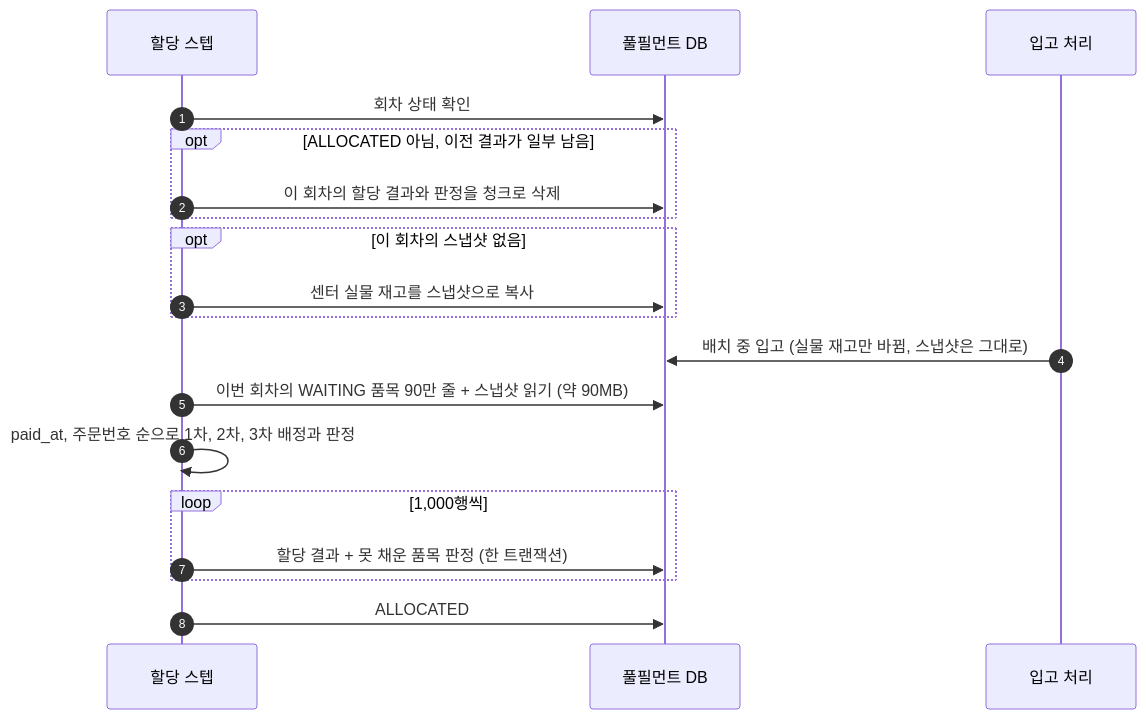
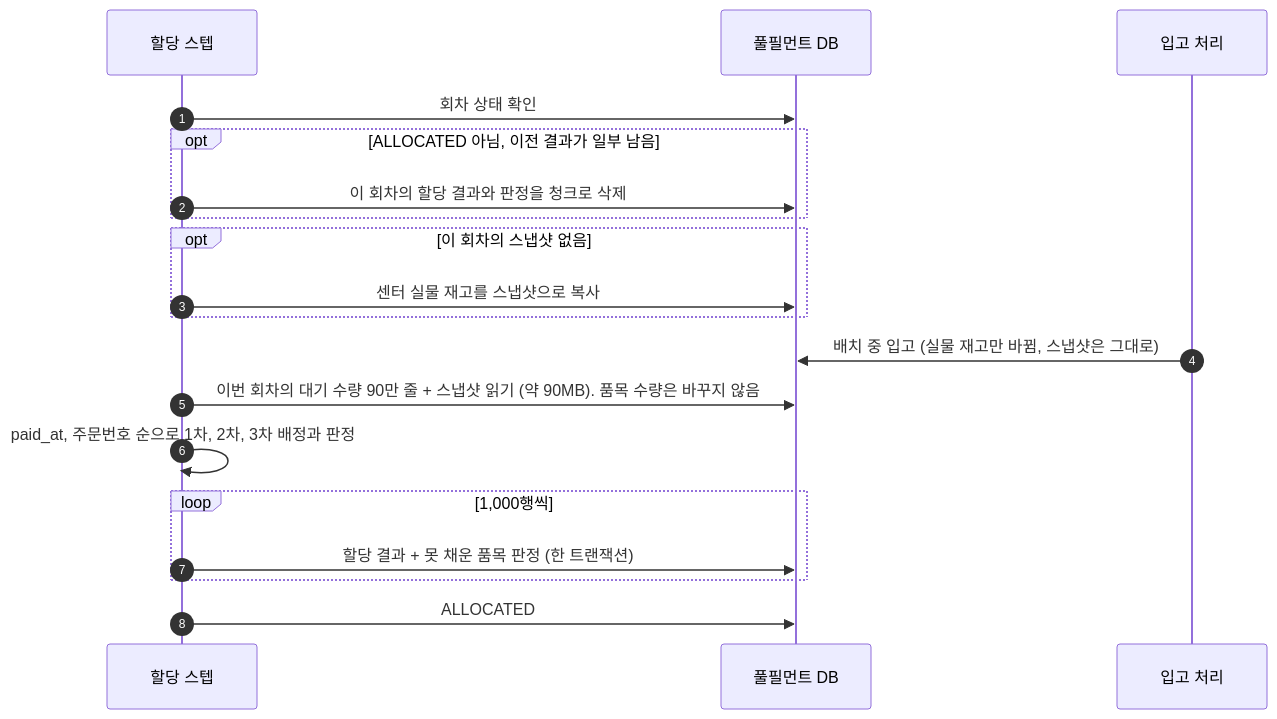
The fourth of 6 diagrams in docs/sequence/05-출고-배치.md (Bamdule/dawn-delivery-commerce), drawn with Mermaid before and after one commit. The commit also changed other lines of this file and 12 other files, not shown here.

````diff
--- a/docs/sequence/05-출고-배치.md
+++ b/docs/sequence/05-출고-배치.md
@@ -101,22 +101,22 @@
 ```mermaid
 sequenceDiagram
     autonumber
     participant 스텝 as 할당 스텝
     participant DB as 풀필먼트 DB
     participant 입고 as 입고 처리
 
     스텝->>DB: 회차 상태 확인
     opt ALLOCATED 아님, 이전 결과가 일부 남음
         스텝->>DB: 이 회차의 할당 결과와 판정을 청크로 삭제
     end
     opt 이 회차의 스냅샷 없음
         스텝->>DB: 센터 실물 재고를 스냅샷으로 복사
     end
     입고->>DB: 배치 중 입고 (실물 재고만 바뀜, 스냅샷은 그대로)
-    스텝->>DB: 이번 회차의 WAITING 품목 90만 줄 + 스냅샷 읽기 (약 90MB)
+    스텝->>DB: 이번 회차의 대기 수량 90만 줄 + 스냅샷 읽기 (약 90MB). 품목 수량은 바꾸지 않음
     스텝->>스텝: paid_at, 주문번호 순으로 1차, 2차, 3차 배정과 판정
     loop 1,000행씩
         스텝->>DB: 할당 결과 + 못 채운 품목 판정 (한 트랜잭션)
     end
     스텝->>DB: ALLOCATED
 ```
````
